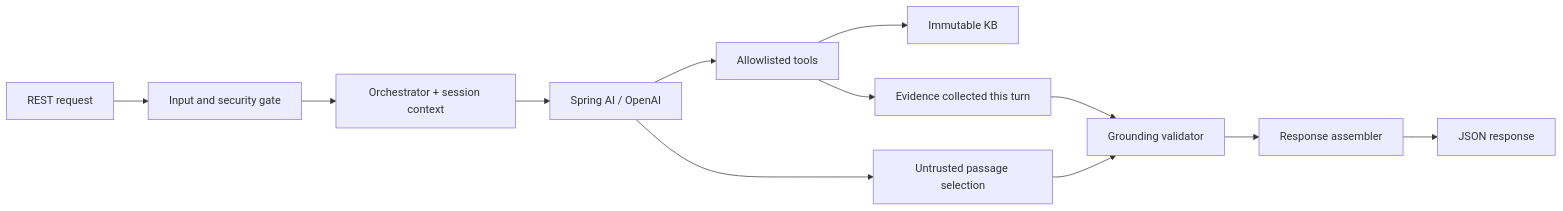
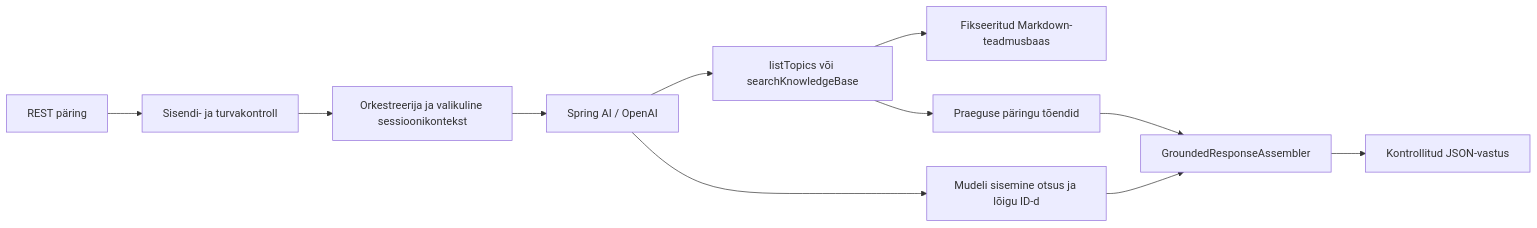
One commit to siimkru/smit-26 changed the diagram in docs/architecture.md. Above: the diagram before and after it, drawn with Mermaid. The commit also changed other lines of this file and 3 other files, not shown here.

````diff
--- a/docs/architecture.md
+++ b/docs/architecture.md
@@ -52,14 +9,13 @@
 ```mermaid
 flowchart LR
-    A[REST request] --> B[Input and security gate]
-    B --> C[Orchestrator + session context]
+    A[REST päring] --> B[Sisendi- ja turvakontroll]
+    B --> C[Orkestreerija ja valikuline sessioonikontekst]
     C --> D[Spring AI / OpenAI]
-    D --> E[Allowlisted tools]
-    E --> F[Immutable KB]
-    E --> G[Evidence collected this turn]
-    D --> H[Untrusted passage selection]
-    G --> I[Grounding validator]
+    D --> E[listTopics või searchKnowledgeBase]
+    E --> F[Fikseeritud Markdown-teadmusbaas]
+    E --> G[Praeguse päringu tõendid]
+    D --> H[Mudeli sisemine otsus ja lõigu ID-d]
+    G --> I[GroundedResponseAssembler]
     H --> I
-    I --> J[Response assembler]
-    J --> K[JSON response]
+    I --> J[Kontrollitud JSON-vastus]
 ```
````
